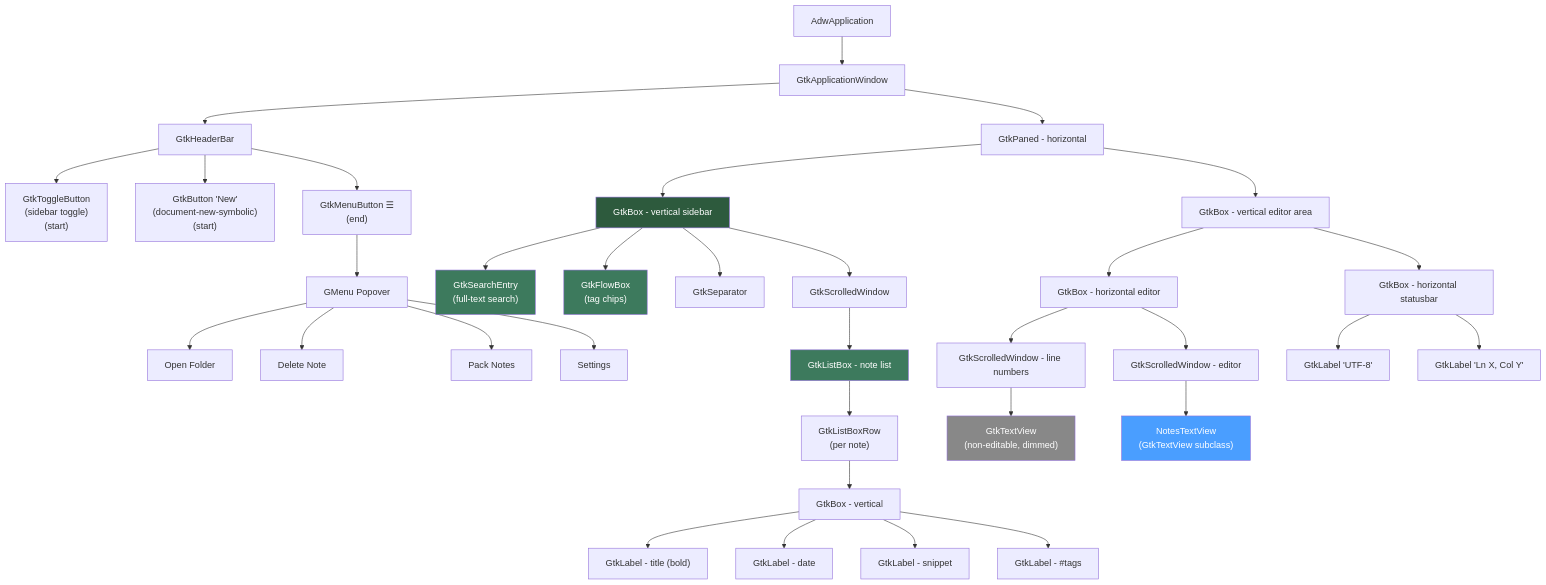
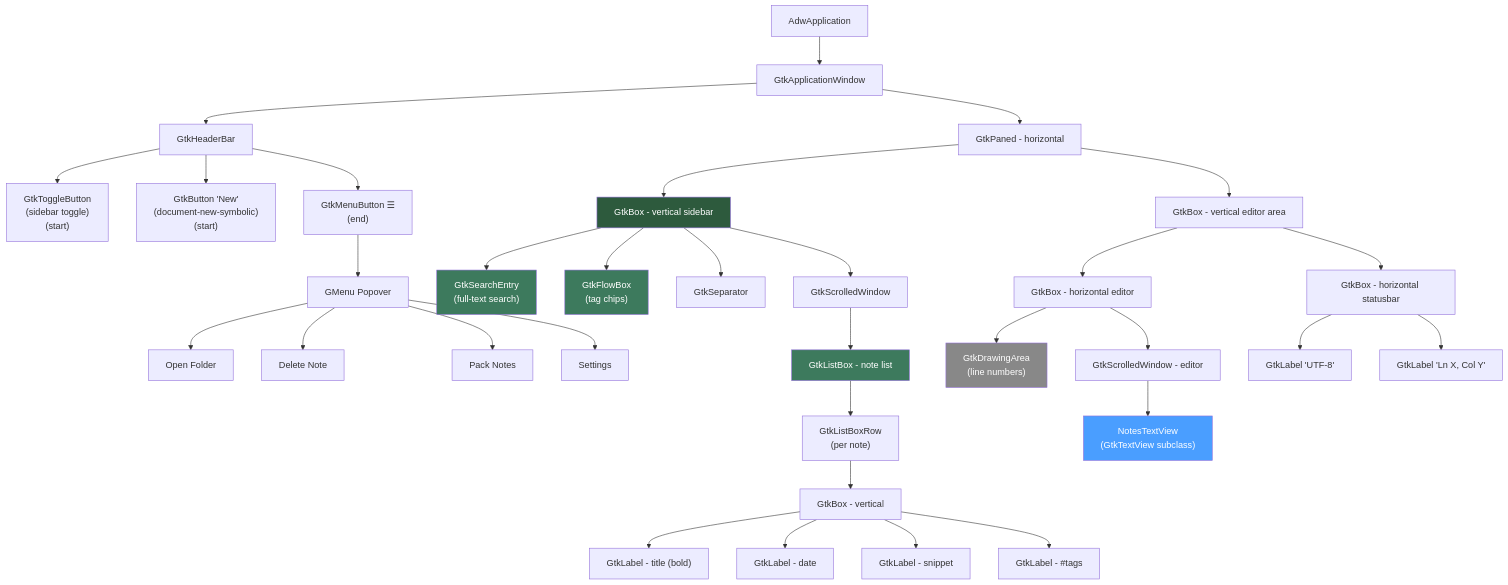
Before and after one commit to dkrse/notes-desktop: the first of 7 diagrams in docs/diagrams.md, drawn with Mermaid. The commit also changed other lines of this file and 9 other files, not shown here.

````diff
--- a/docs/diagrams.md
+++ b/docs/diagrams.md
@@ -5,49 +5,48 @@
 ```mermaid
 graph TD
     A[AdwApplication] --> B[GtkApplicationWindow]
     B --> C[GtkHeaderBar]
     B --> P[GtkPaned - horizontal]
 
     C --> C0["GtkToggleButton<br/>(sidebar toggle)<br/>(start)"]
     C --> C4["GtkButton 'New'<br/>(document-new-symbolic)<br/>(start)"]
     C --> C2["GtkMenuButton ☰<br/>(end)"]
     C2 --> C3[GMenu Popover]
     C3 --> C3a["Open Folder"]
     C3 --> C3d["Delete Note"]
     C3 --> C3b["Pack Notes"]
     C3 --> C3c["Settings"]
 
     P --> SB[GtkBox - vertical sidebar]
     P --> EV[GtkBox - vertical editor area]
 
     SB --> SE["GtkSearchEntry<br/>(full-text search)"]
     SB --> TF["GtkFlowBox<br/>(tag chips)"]
     SB --> SP[GtkSeparator]
     SB --> LS[GtkScrolledWindow]
     LS --> LB[GtkListBox - note list]
     LB --> LR["GtkListBoxRow<br/>(per note)"]
     LR --> NB["GtkBox - vertical"]
     NB --> NT["GtkLabel - title (bold)"]
     NB --> ND["GtkLabel - date"]
     NB --> NS["GtkLabel - snippet"]
     NB --> NG["GtkLabel - #tags"]
 
     EV --> E[GtkBox - horizontal editor]
     EV --> F[GtkBox - horizontal statusbar]
 
-    E --> G[GtkScrolledWindow - line numbers]
+    E --> G["GtkDrawingArea<br/>(line numbers)"]
     E --> H[GtkScrolledWindow - editor]
 
-    G --> G1["GtkTextView<br/>(non-editable, dimmed)"]
     H --> H1["NotesTextView<br/>(GtkTextView subclass)"]
 
     F --> F1["GtkLabel 'UTF-8'"]
     F --> F2["GtkLabel 'Ln X, Col Y'"]
 
     style H1 fill:#4a9eff,color:#fff
-    style G1 fill:#888,color:#fff
+    style G fill:#888,color:#fff
     style SB fill:#2d5a3d,color:#fff
     style SE fill:#3d7a5d,color:#fff
     style TF fill:#3d7a5d,color:#fff
     style LB fill:#3d7a5d,color:#fff
 ```
````
